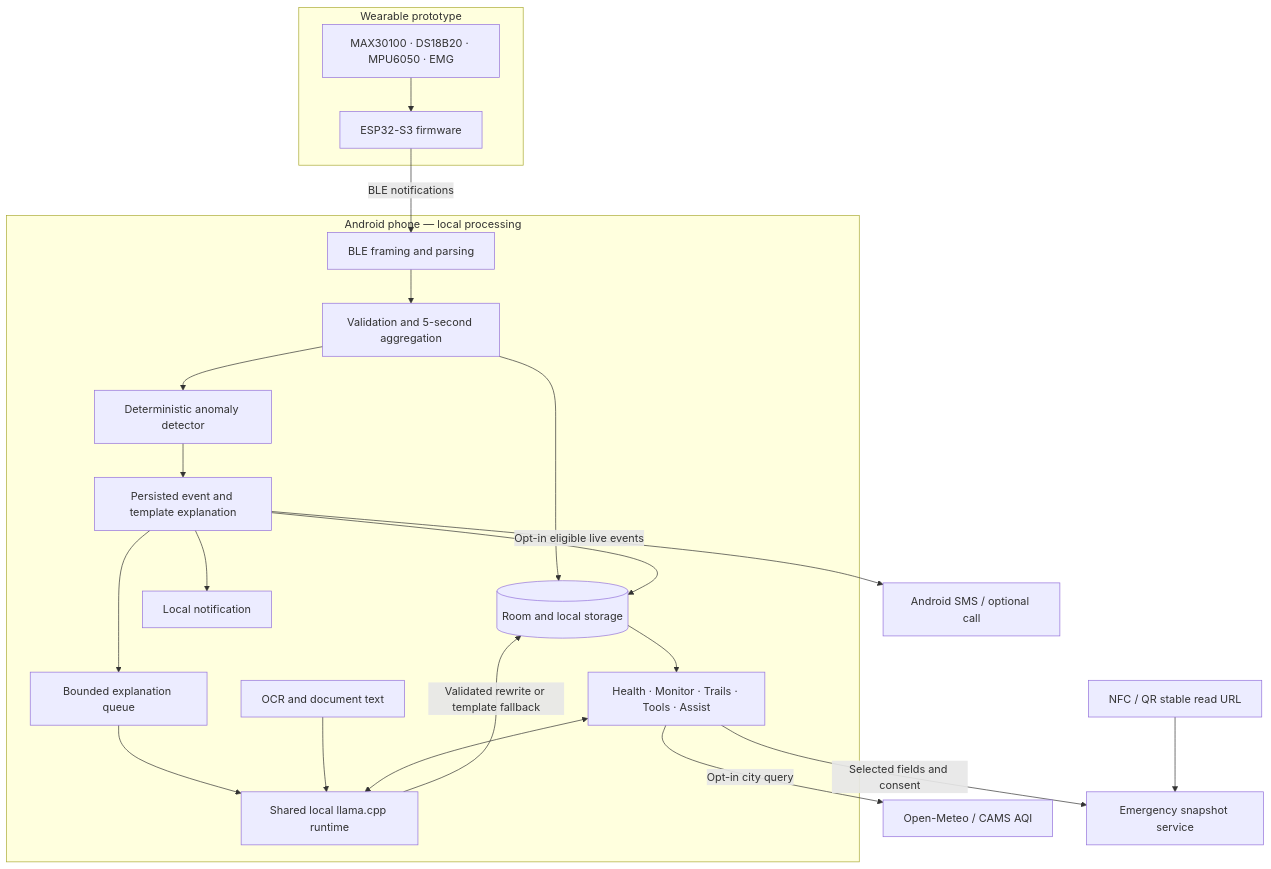
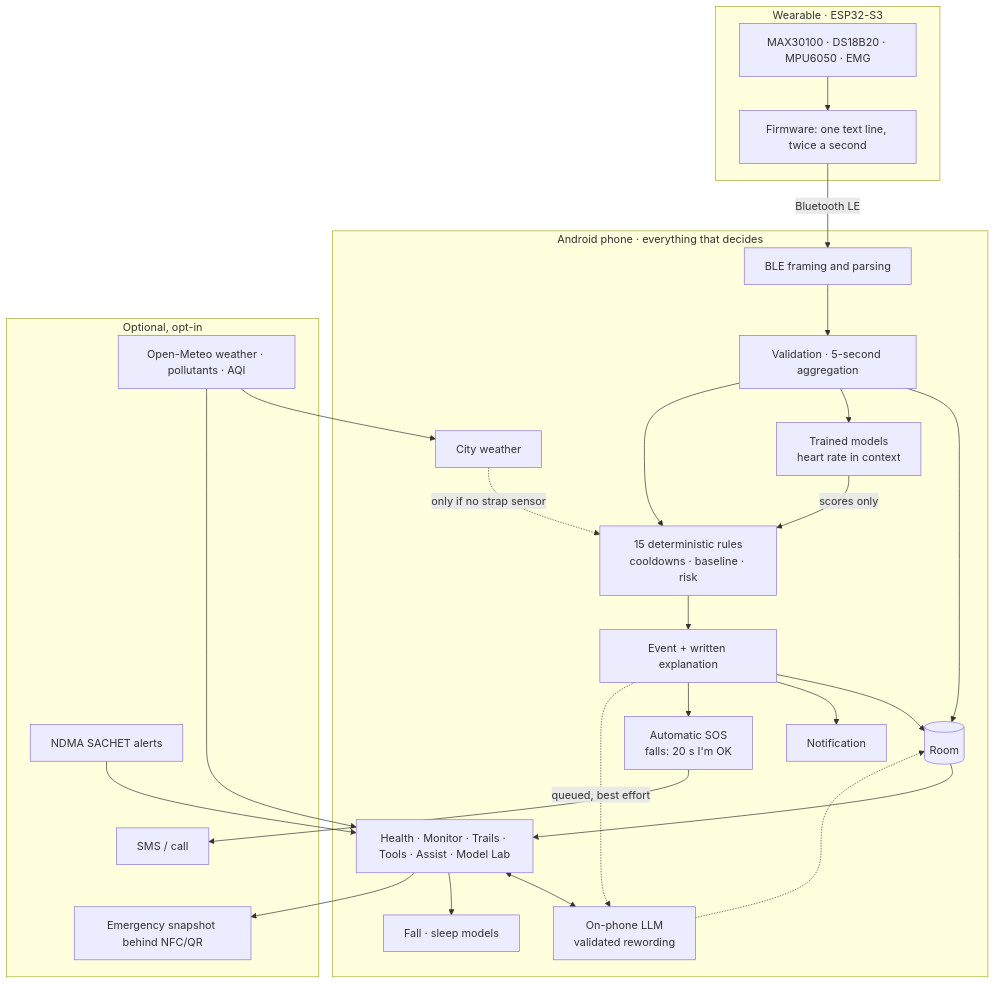
The first of 3 diagrams in README.md (Aditya060806/G-one), drawn with Mermaid before and after one commit. The commit also changed other lines of this file and 166 other files, not shown here.

````diff
--- a/README.md
+++ b/README.md
@@ -137,33 +142,34 @@
 ```mermaid
 flowchart TB
-    subgraph Wearable[Wearable prototype]
-        S[MAX30100 · DS18B20 · MPU6050 · EMG]
-        E[ESP32-S3 firmware]
-        S --> E
+    subgraph W[Wearable · ESP32-S3]
+        S[MAX30100 · DS18B20 · MPU6050 · EMG] --> F[Firmware: one text line, twice a second]
     end
-    subgraph Phone[Android phone — local processing]
-        B[BLE framing and parsing]
-        V[Validation and 5-second aggregation]
-        DB[(Room and local storage)]
-        D[Deterministic anomaly detector]
-        A[Persisted event and template explanation]
-        N[Local notification]
-        Q[Bounded explanation queue]
-        L[Shared local llama.cpp runtime]
-        UI[Health · Monitor · Trails · Tools · Assist]
-        X[OCR and document text]
-        B --> V --> DB
-        V --> D --> A --> DB
-        A --> N
-        A --> Q --> L
-        L -->|Validated rewrite or template fallback| DB
-        DB --> UI
-        X --> L
+    subgraph P[Android phone · everything that decides]
+        B[BLE framing and parsing] --> V[Validation · 5-second aggregation]
+        V --> DB[(Room)]
+        V --> M[Trained models<br/>heart rate in context]
+        M -->|scores only| D
+        V --> D[15 deterministic rules<br/>cooldowns · baseline · risk]
+        AW[City weather] -.->|only if no strap sensor| D
+        D --> E[Event + written explanation] --> DB
+        E --> N[Notification]
+        E --> SOS[Automatic SOS<br/>falls: 20 s I'm OK]
+        E -.queued, best effort.-> L[On-phone LLM<br/>validated rewording]
+        L -.-> DB
+        DB --> UI[Health · Monitor · Trails · Tools · Assist · Model Lab]
         UI <--> L
+        UI --> ML[Fall · sleep models]
     end
-    E -->|BLE notifications| B
-    A -->|Opt-in eligible live events| SMS[Android SMS / optional call]
-    UI -->|Opt-in city query| AQI[Open-Meteo / CAMS AQI]
-    UI -->|Selected fields and consent| WEB[Emergency snapshot service]
-    TAG[NFC / QR stable read URL] --> WEB
+    subgraph O[Optional, opt-in]
+        SA[NDMA SACHET alerts]
+        OM[Open-Meteo weather · pollutants · AQI]
+        EM[Emergency snapshot behind NFC/QR]
+        SMS[SMS / call]
+    end
+    F -->|Bluetooth LE| B
+    SA --> UI
+    OM --> AW
+    OM --> UI
+    UI --> EM
+    SOS --> SMS
 ```
````
